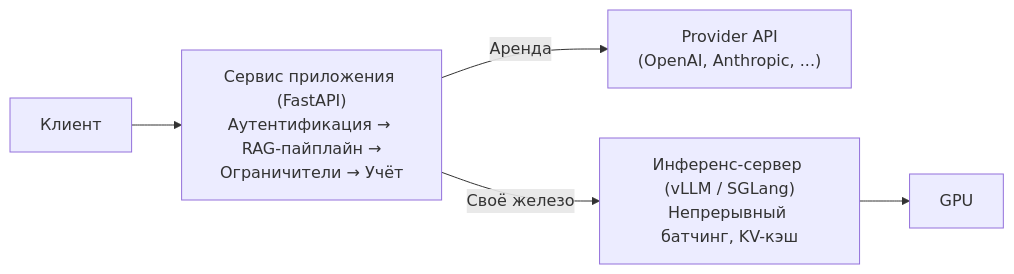
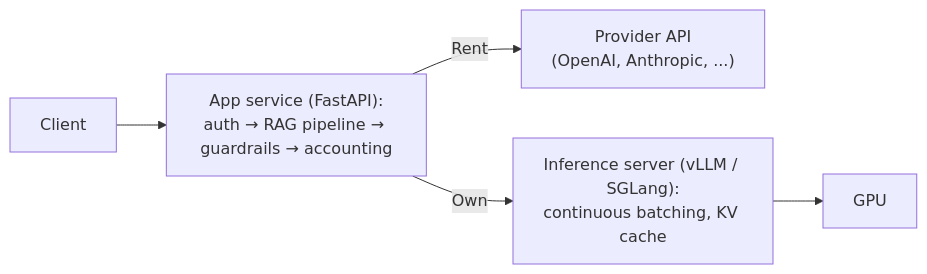
Before and after one commit to NikolaiSachok/enterprise-rag-agents-handbook: the second of 2 diagrams in docs/part-3-production/serving.md, drawn with Mermaid. The commit also changed other lines of this file and 100 other files, not shown here.

````diff
--- a/docs/part-3-production/serving.md
+++ b/docs/part-3-production/serving.md
@@ -194,7 +196,7 @@
 ```mermaid
 flowchart LR
-    C[Клиент] --> A["Сервис приложения (FastAPI)<br/>Аутентификация → RAG-пайплайн →<br/>Ограничители → Учёт"]
-    A -->|Аренда| P["Provider API<br/>(OpenAI, Anthropic, ...)"]
-    A -->|Своё железо| I["Инференс-сервер (vLLM / SGLang)<br/>Непрерывный батчинг, KV-кэш"]
-    I --> G[GPU]
+    C[Client] --> A["App service (FastAPI):<br/>auth → RAG pipeline → guardrails → accounting"]
+    A -->|Rent| P["Provider API<br/>(OpenAI, Anthropic, ...)"]
+    A -->|Own| V["Inference server (vLLM / SGLang):<br/>continuous batching, KV cache"]
+    V --> G[GPU]
 ```
````
